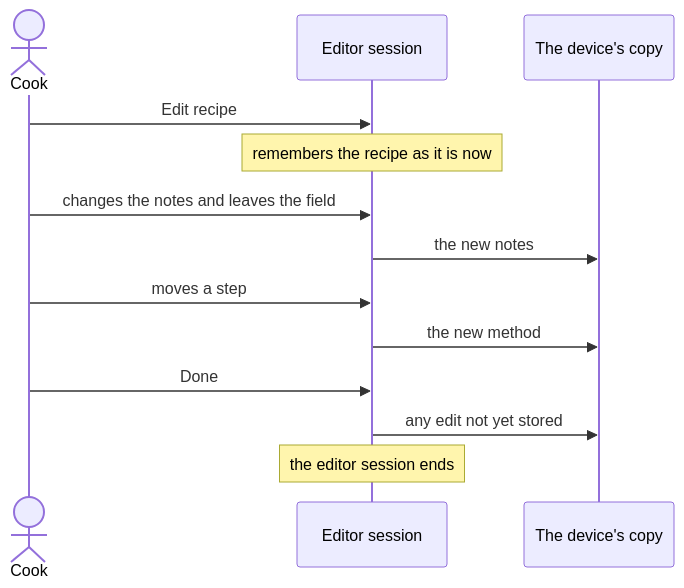
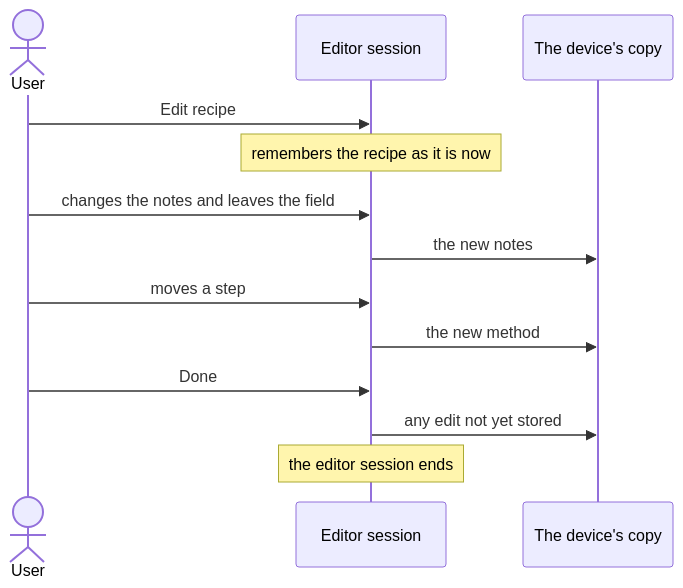
The second of 2 diagrams in docs/architecture/editing.md (sebbogle/rosa), drawn with Mermaid before and after one commit. The commit also changed other lines of this file and 36 other files, not shown here.

Commit message:
Call the person using Rosa a user, not a cook

````diff
--- a/docs/architecture/editing.md
+++ b/docs/architecture/editing.md
@@ -50,16 +50,16 @@
 ```mermaid
 sequenceDiagram
-    actor Cook
+    actor User
     participant Session as Editor session
     participant Copy as The device's copy
 
-    Cook->>Session: Edit recipe
+    User->>Session: Edit recipe
     Note over Session: remembers the recipe as it is now
-    Cook->>Session: changes the notes and leaves the field
+    User->>Session: changes the notes and leaves the field
     Session->>Copy: the new notes
-    Cook->>Session: moves a step
+    User->>Session: moves a step
     Session->>Copy: the new method
-    Cook->>Session: Done
+    User->>Session: Done
     Session->>Copy: any edit not yet stored
     Note over Session: the editor session ends
 ```
````
